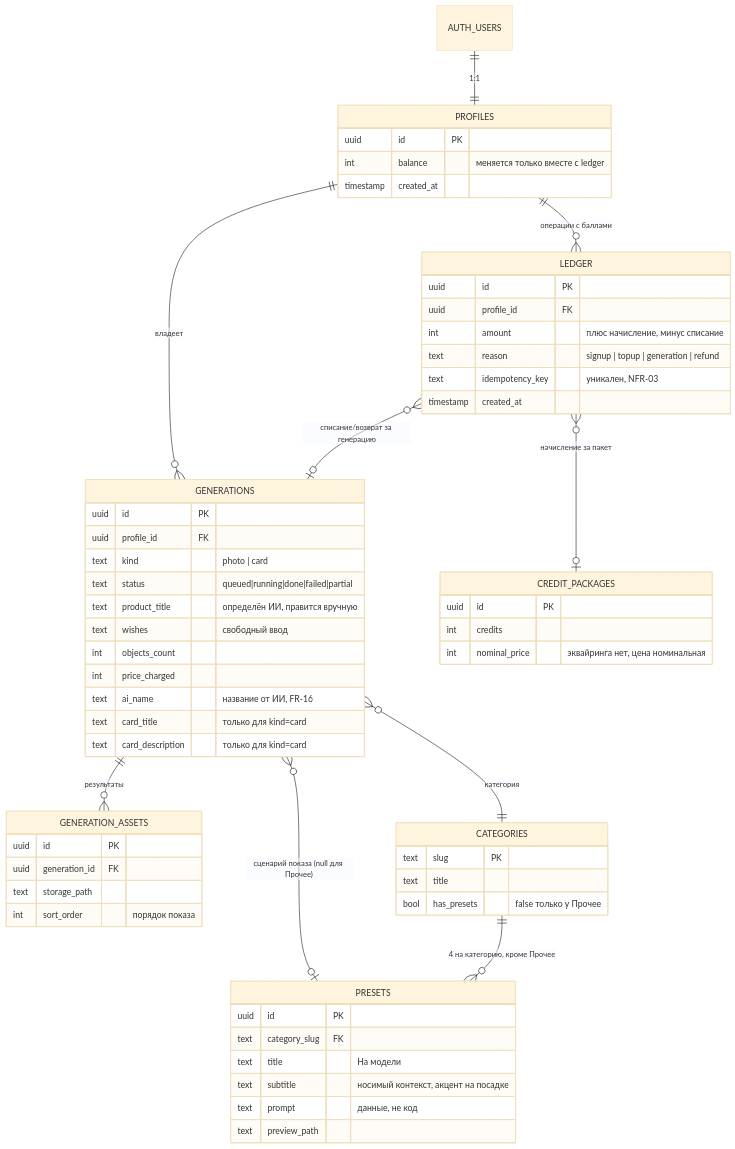
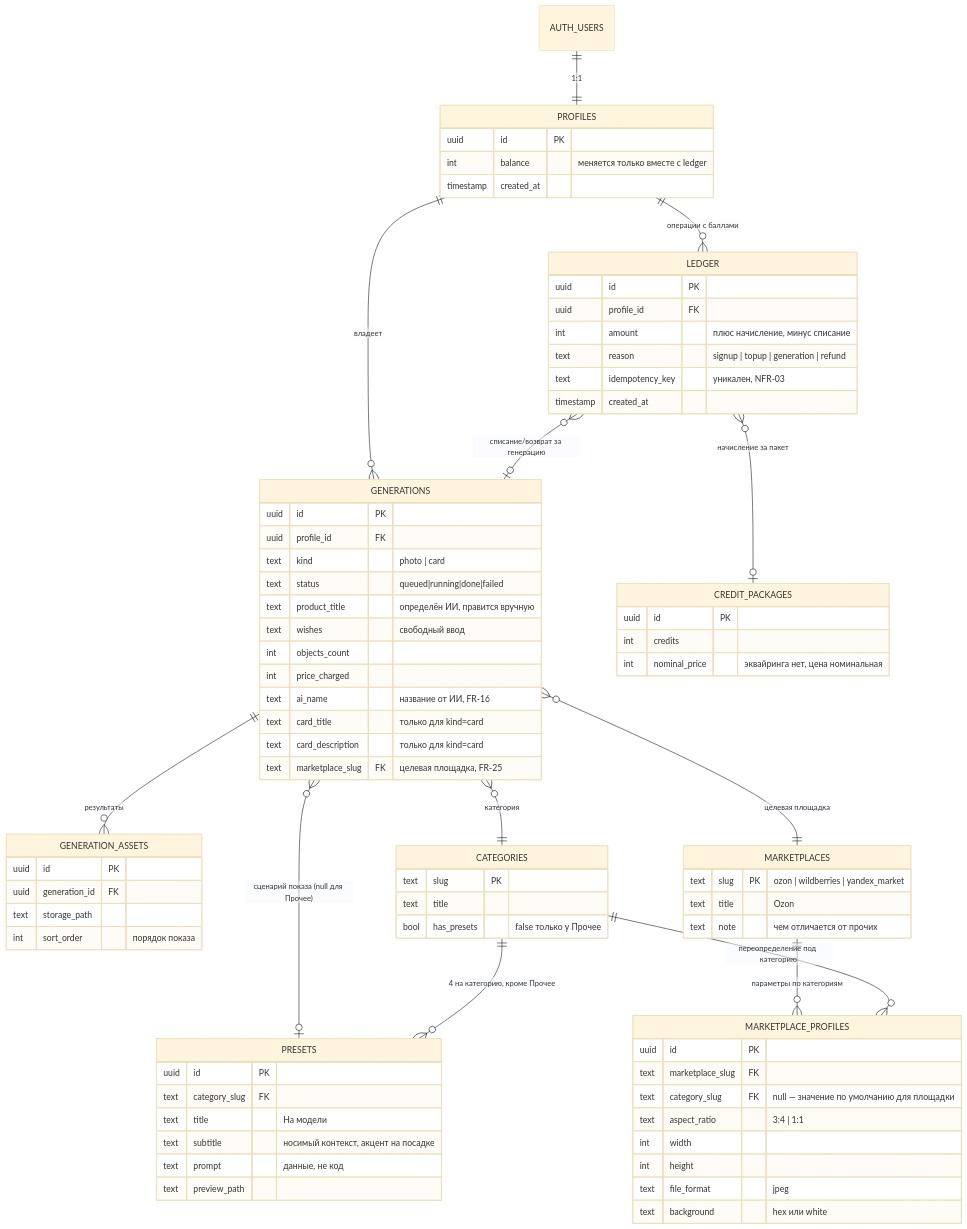
One commit to ovr58/MerchKit changed the fourth of 6 diagrams in docs/VISUALS.md. Above: the diagram before and after it, drawn with Mermaid (base theme). The commit also changed other lines of this file and 34 other files, not shown here.

````diff
--- a/docs/VISUALS.md
+++ b/docs/VISUALS.md
@@ -118,63 +119,82 @@
 ```mermaid
 erDiagram
     AUTH_USERS ||--|| PROFILES : "1:1"
     PROFILES ||--o{ LEDGER : "операции с баллами"
     PROFILES ||--o{ GENERATIONS : "владеет"
     GENERATIONS ||--o{ GENERATION_ASSETS : "результаты"
     GENERATIONS }o--|| CATEGORIES : "категория"
+    GENERATIONS }o--|| MARKETPLACES : "целевая площадка"
     GENERATIONS }o--o| PRESETS : "сценарий показа (null для Прочее)"
     CATEGORIES ||--o{ PRESETS : "4 на категорию, кроме Прочее"
+    MARKETPLACES ||--o{ MARKETPLACE_PROFILES : "параметры по категориям"
+    CATEGORIES ||--o{ MARKETPLACE_PROFILES : "переопределение под категорию"
     LEDGER }o--o| GENERATIONS : "списание/возврат за генерацию"
     LEDGER }o--o| CREDIT_PACKAGES : "начисление за пакет"
 
     PROFILES {
         uuid id PK
         int balance "меняется только вместе с ledger"
         timestamp created_at
     }
     LEDGER {
         uuid id PK
         uuid profile_id FK
         int amount "плюс начисление, минус списание"
         text reason "signup | topup | generation | refund"
         text idempotency_key "уникален, NFR-03"
         timestamp created_at
     }
     GENERATIONS {
         uuid id PK
         uuid profile_id FK
         text kind "photo | card"
-        text status "queued|running|done|failed|partial"
+        text status "queued|running|done|failed"
         text product_title "определён ИИ, правится вручную"
         text wishes "свободный ввод"
         int objects_count
         int price_charged
         text ai_name "название от ИИ, FR-16"
         text card_title "только для kind=card"
         text card_description "только для kind=card"
+        text marketplace_slug FK "целевая площадка, FR-25"
     }
     GENERATION_ASSETS {
         uuid id PK
         uuid generation_id FK
         text storage_path
         int sort_order "порядок показа"
     }
     CATEGORIES {
         text slug PK
         text title
         bool has_presets "false только у Прочее"
     }
     PRESETS {
         uuid id PK
         text category_slug FK
         text title "На модели"
         text subtitle "носимый контекст, акцент на посадке"
         text prompt "данные, не код"
         text preview_path
     }
+    MARKETPLACES {
+        text slug PK "ozon | wildberries | yandex_market"
+        text title "Ozon"
+        text note "чем отличается от прочих"
+    }
+    MARKETPLACE_PROFILES {
+        uuid id PK
+        text marketplace_slug FK
+        text category_slug FK "null — значение по умолчанию для площадки"
+        text aspect_ratio "3:4 | 1:1"
+        int width
+        int height
+        text file_format "jpeg"
+        text background "hex или white"
+    }
     CREDIT_PACKAGES {
         uuid id PK
         int credits
         int nominal_price "эквайринга нет, цена номинальная"
     }
 ```
````
